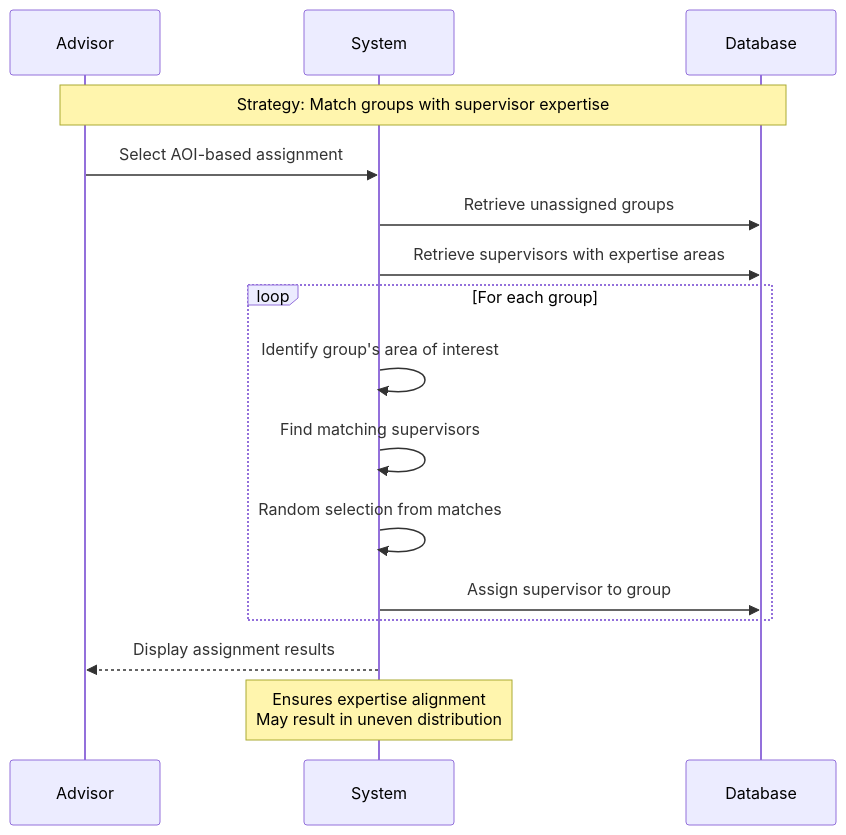
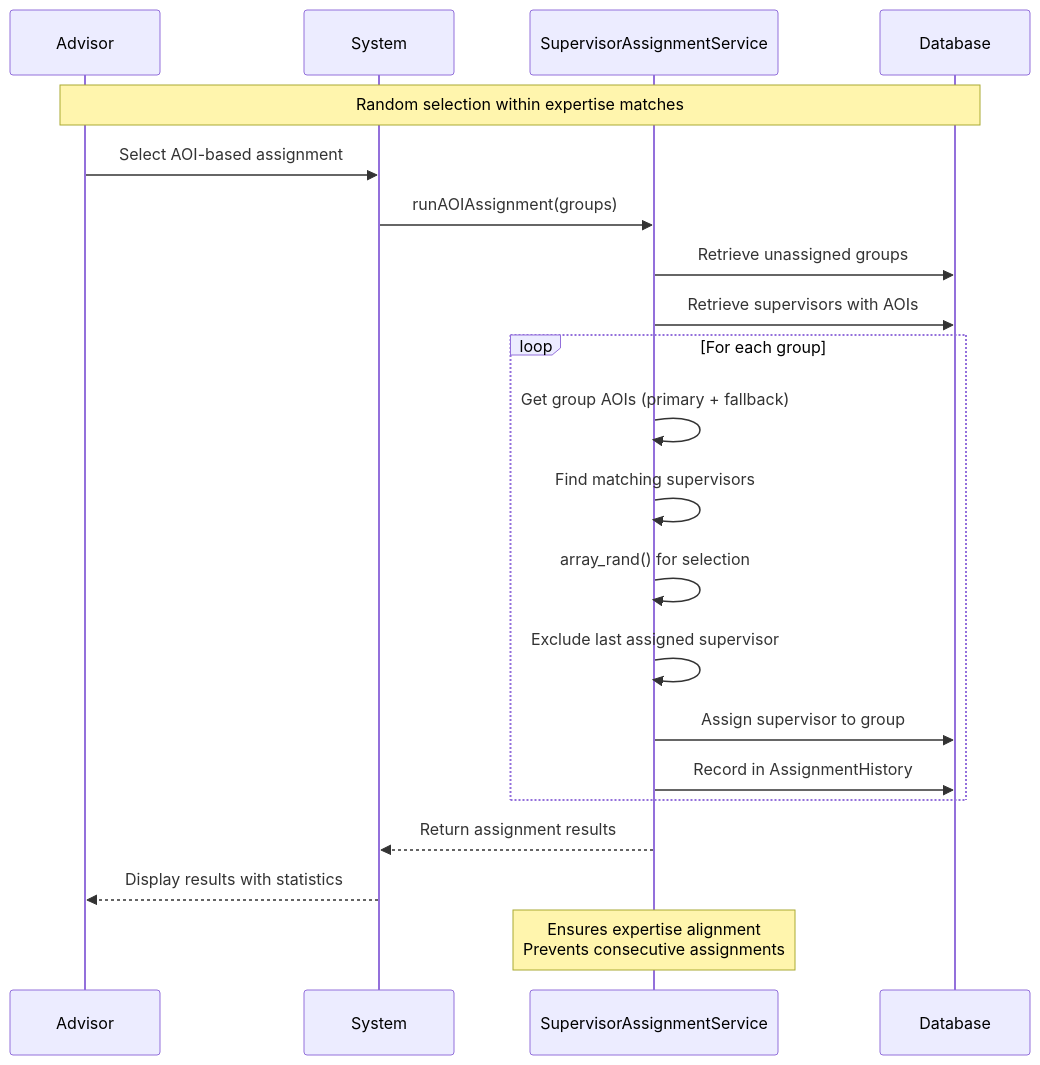
Diagram 27 of 42 in sequence.md (abdullah2323442/thesisrepo-backup), drawn with Mermaid before and after one commit. The commit also changed other lines of this file, not shown here.

````diff
--- a/sequence.md
+++ b/sequence.md
@@ -531,23 +704,29 @@
 ```mermaid
 sequenceDiagram
     participant Advisor
     participant System
+    participant Service as SupervisorAssignmentService
     participant Database
 
-    Note over Advisor,Database: Strategy: Match groups with supervisor expertise
+    Note over Advisor,Database: Random selection within expertise matches
     
     Advisor->>System: Select AOI-based assignment
-    System->>Database: Retrieve unassigned groups
-    System->>Database: Retrieve supervisors with expertise areas
+    System->>Service: runAOIAssignment(groups)
+    
+    Service->>Database: Retrieve unassigned groups
+    Service->>Database: Retrieve supervisors with AOIs
     
     loop For each group
-        System->>System: Identify group's area of interest
-        System->>System: Find matching supervisors
-        System->>System: Random selection from matches
-        System->>Database: Assign supervisor to group
+        Service->>Service: Get group AOIs (primary + fallback)
+        Service->>Service: Find matching supervisors
+        Service->>Service: array_rand() for selection
+        Service->>Service: Exclude last assigned supervisor
+        Service->>Database: Assign supervisor to group
+        Service->>Database: Record in AssignmentHistory
     end
     
-    System-->>Advisor: Display assignment results
+    Service-->>System: Return assignment results
+    System-->>Advisor: Display results with statistics
     
-    Note over System: Ensures expertise alignment<br/>May result in uneven distribution
+    Note over Service: Ensures expertise alignment<br/>Prevents consecutive assignments
 ```
````
